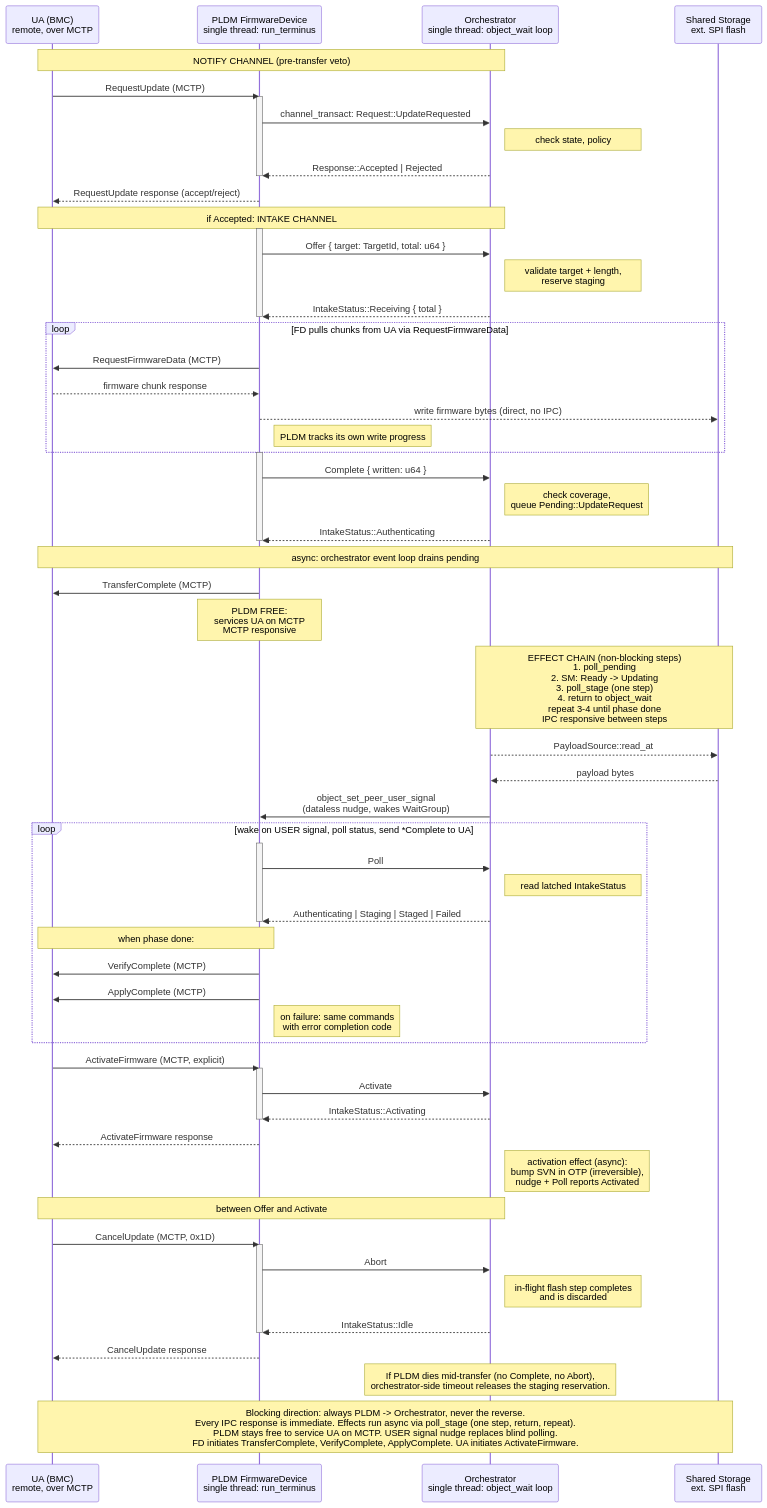
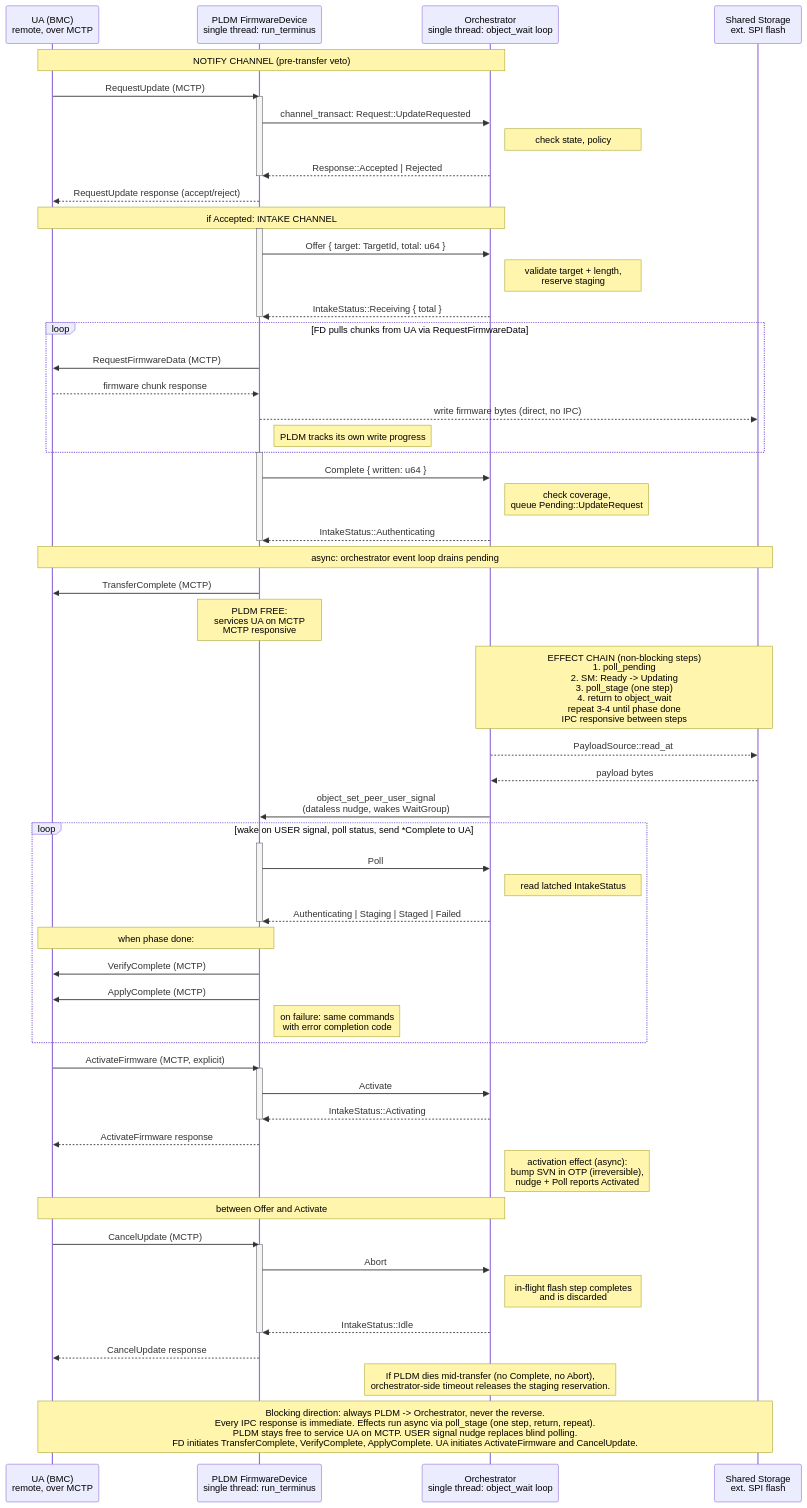
The diagram in docs/src/design/orchestrator/pldm-orchestrator-ipc.md (9elements/openprot), drawn with Mermaid before and after one commit. The commit also changed other lines of this file, not shown here.

Commit message:
docs: fix write-error path and CancelUpdate consistency
Write-error recovery uses Abort (not nudge+Poll, which returns orchestrator
state, not PLDM state). Drop opcode from CancelUpdate for consistency with
other commands. Add CancelUpdate to the footer's UA-initiated list.

````diff
--- a/docs/src/design/orchestrator/pldm-orchestrator-ipc.md
+++ b/docs/src/design/orchestrator/pldm-orchestrator-ipc.md
@@ -96,7 +96,7 @@
     Note right of Orch: activation effect (async):<br/>bump SVN in OTP (irreversible),<br/>nudge + Poll reports Activated
 
     Note over UA, Orch: between Offer and Activate
-    UA->>PLDM: CancelUpdate (MCTP, 0x1D)
+    UA->>PLDM: CancelUpdate (MCTP)
     activate PLDM
     PLDM->>Orch: Abort
     Note right of Orch: in-flight flash step completes<br/>and is discarded
@@ -106,5 +106,5 @@
 
     Note over Orch: If PLDM dies mid-transfer (no Complete, no Abort),<br/>orchestrator-side timeout releases the staging reservation.
 
-    Note over UA, Flash: Blocking direction: always PLDM -> Orchestrator, never the reverse.<br/>Every IPC response is immediate. Effects run async via poll_stage (one step, return, repeat).<br/>PLDM stays free to service UA on MCTP. USER signal nudge replaces blind polling.<br/>FD initiates TransferComplete, VerifyComplete, ApplyComplete. UA initiates ActivateFirmware.
+    Note over UA, Flash: Blocking direction: always PLDM -> Orchestrator, never the reverse.<br/>Every IPC response is immediate. Effects run async via poll_stage (one step, return, repeat).<br/>PLDM stays free to service UA on MCTP. USER signal nudge replaces blind polling.<br/>FD initiates TransferComplete, VerifyComplete, ApplyComplete. UA initiates ActivateFirmware and CancelUpdate.
 ```
````
